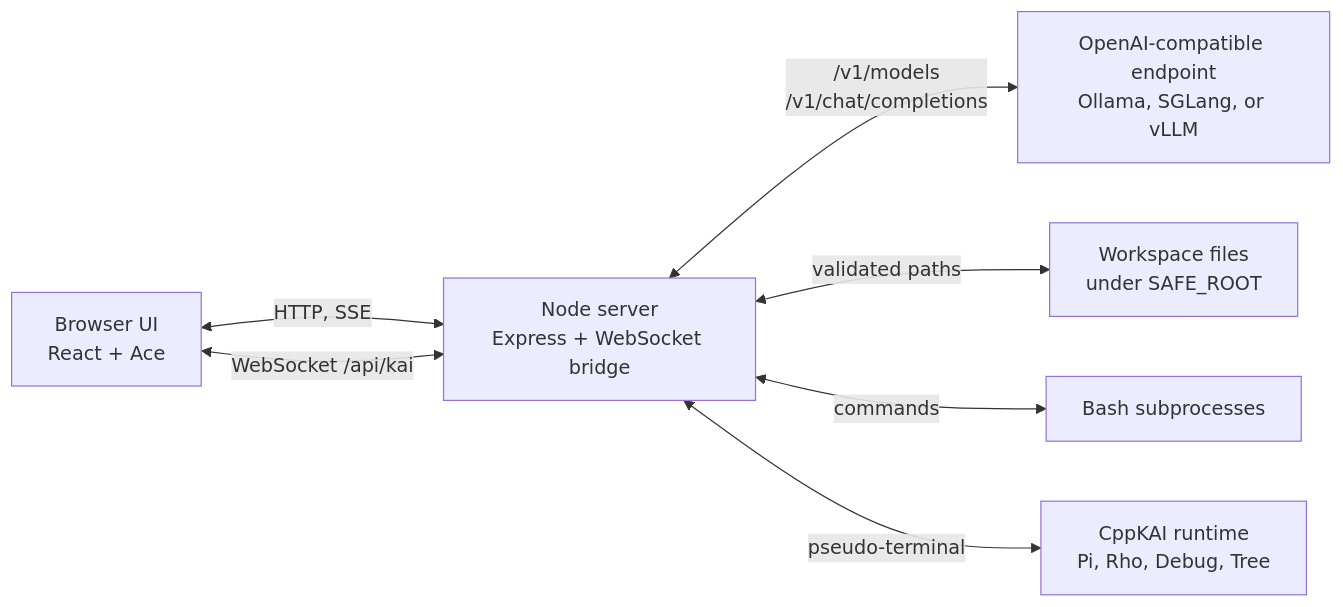
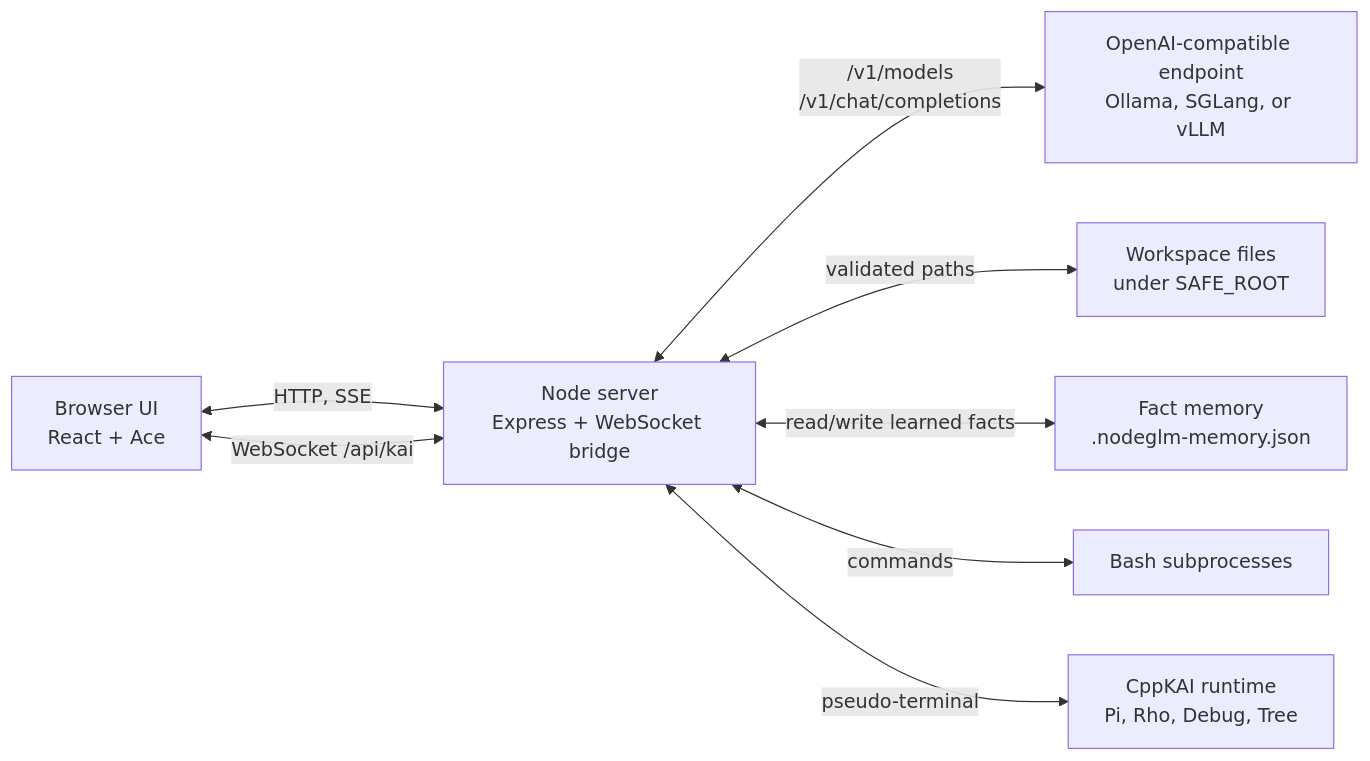
Before and after one commit to cschladetsch/NodeGLM-5: the first of 4 diagrams in Readme.md, drawn with Mermaid. The commit also changed other lines of this file and 7 other files, not shown here.

Commit message:
Add persistent fact memory

````diff
--- a/Readme.md
+++ b/Readme.md
@@ -10,16 +10,18 @@
 ```mermaid
 flowchart LR
     Browser["Browser UI<br/>React + Ace"]
     Server["Node server<br/>Express + WebSocket bridge"]
     Model["OpenAI-compatible endpoint<br/>Ollama, SGLang, or vLLM"]
     Files["Workspace files<br/>under SAFE_ROOT"]
+    Memory["Fact memory<br/>.nodeglm-memory.json"]
     Shell["Bash subprocesses"]
     Kai["CppKAI runtime<br/>Pi, Rho, Debug, Tree"]
 
     Browser <-->|"HTTP, SSE"| Server
     Browser <-->|"WebSocket /api/kai"| Server
     Server <-->|"/v1/models<br/>/v1/chat/completions"| Model
     Server <-->|"validated paths"| Files
+    Server <-->|"read/write learned facts"| Memory
     Server <-->|"commands"| Shell
     Server <-->|"pseudo-terminal"| Kai
 ```
````
